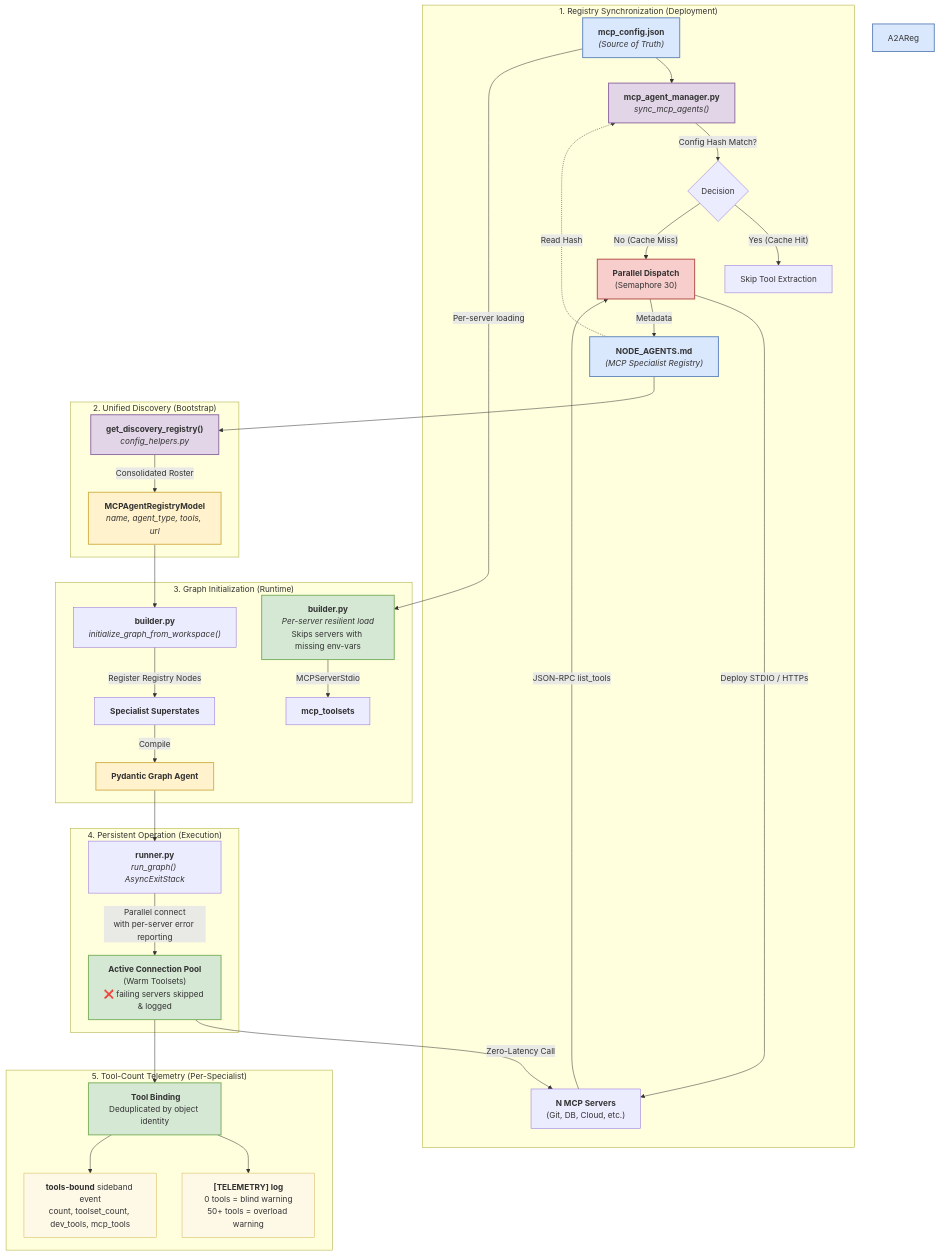
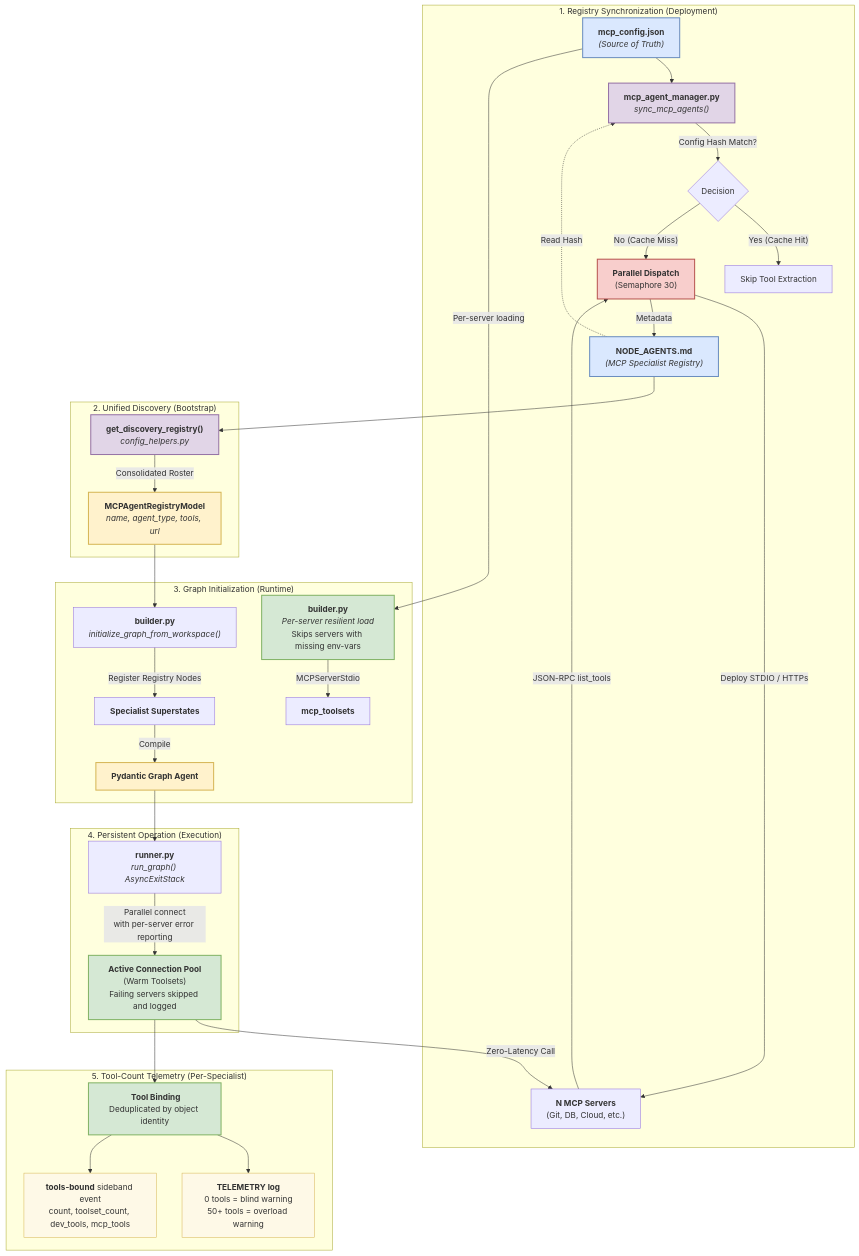
One commit to Knuckles-Team/agent-utilities changed the fifth of 6 diagrams in AGENTS.md. Above: the diagram before and after it, drawn with Mermaid. The commit also changed other lines of this file and 119 other files, not shown here.

````diff
--- a/AGENTS.md
+++ b/AGENTS.md
@@ -150,55 +527,53 @@
 ```mermaid
 graph TD
     subgraph Registry_Phase ["1. Registry Synchronization (Deployment)"]
         Config["<b>mcp_config.json</b><br/><i>(Source of Truth)</i>"] --> Manager["<b>mcp_agent_manager.py</b><br/><i>sync_mcp_agents()</i>"]
         Registry["<b>NODE_AGENTS.md</b><br/><i>(MCP Specialist Registry)</i>"] -.->|Read Hash| Manager
 
         Manager -->|Config Hash Match?| Branch{Decision}
         Branch -- "Yes (Cache Hit)" --> Skip["Skip Tool Extraction"]
         Branch -- "No (Cache Miss)" --> Parallel["<b>Parallel Dispatch</b><br/>(Semaphore 30)"]
 
         Parallel -->|Deploy STDIO / HTTPs| Servers["<b>N MCP Servers</b><br/>(Git, DB, Cloud, etc.)"]
         Servers -->|JSON-RPC list_tools| Parallel
         Parallel -->|Metadata| Registry
     end
 
     subgraph Unified_Discovery ["2. Unified Discovery (Bootstrap)"]
         Registry --> UAL["<b>get_discovery_registry()</b><br/><i>config_helpers.py</i>"]
         UAL -->|Consolidated Roster| Roster["<b>MCPAgentRegistryModel</b><br/><i>name, agent_type, tools, url</i>"]
     end
 
     subgraph Initialization_Phase ["3. Graph Initialization (Runtime)"]
         Config -->|Per-server loading| Loader["<b>builder.py</b><br/><i>Per-server resilient load</i><br/>Skips servers with missing env-vars"]
         Roster --> Builder["<b>builder.py</b><br/><i>initialize_graph_from_workspace()</i>"]
         Loader -->|MCPServerStdio| ToolPool["<b>mcp_toolsets</b>"]
         Builder -->|Register Registry Nodes| Specialists["<b>Specialist Superstates</b>"]
-        Specialists -->|Compile| Graph["<b>Pydantic Graph Agent</b>"]
+        Specialists -->|Compile| GraphA["<b>Pydantic Graph Agent</b>"]
     end
 
     subgraph Operation_Phase ["4. Persistent Operation (Execution)"]
-        Graph --> Lifespan["<b>runner.py</b><br/><i>run_graph() AsyncExitStack</i>"]
-        Lifespan -->|Parallel connect<br/>with per-server error reporting| ConnPool["<b>Active Connection Pool</b><br/>(Warm Toolsets)<br/>❌ failing servers skipped & logged"]
+        GraphA --> Lifespan["<b>runner.py</b><br/><i>run_graph() AsyncExitStack</i>"]
+        Lifespan -->|Parallel connect<br/>with per-server error reporting| ConnPool["<b>Active Connection Pool</b><br/>(Warm Toolsets)<br/>Failing servers skipped and logged"]
         ConnPool -->|Zero-Latency Call| Servers
     end
 
     subgraph Telemetry_Phase ["5. Tool-Count Telemetry (Per-Specialist)"]
         ConnPool --> Bind["<b> Tool Binding</b><br/>Deduplicated by object identity"]
-        Bind --> TelLog["<b>[TELEMETRY] log</b><br/>0 tools = blind warning<br/>50+ tools = overload warning"]
+        Bind --> TelLog["<b>TELEMETRY log</b><br/>0 tools = blind warning<br/>50+ tools = overload warning"]
         Bind --> TelEvent["<b>tools-bound</b> sideband event<br/>count, toolset_count, dev_tools, mcp_tools"]
     end
 
-    %% Styling
     style Config fill:#dae8fe,stroke:#6c8ebf,stroke-width:2px
     style Registry fill:#dae8fe,stroke:#6c8ebf,stroke-width:2px
-    style A2AReg fill:#dae8fe,stroke:#6c8ebf,stroke-width:2px
     style Manager fill:#e1d5e7,stroke:#9673a6,stroke-width:2px
     style Parallel fill:#f8cecc,stroke:#b85450,stroke-width:2px
     style ConnPool fill:#d5e8d4,stroke:#82b366,stroke-width:2px
-    style Graph fill:#fff2cc,stroke:#d6b656,stroke-width:2px
+    style GraphA fill:#fff2cc,stroke:#d6b656,stroke-width:2px
     style Loader fill:#d5e8d4,stroke:#82b366,stroke-width:2px
     style UAL fill:#e1d5e7,stroke:#9673a6,stroke-width:2px
     style Roster fill:#fff2cc,stroke:#d6b656,stroke-width:2px
     style Bind fill:#d5e8d4,stroke:#82b366,stroke-width:2px
     style TelLog fill:#fef9e7,stroke:#d6b656,stroke-width:1px
     style TelEvent fill:#fef9e7,stroke:#d6b656,stroke-width:1px
 ```
````
